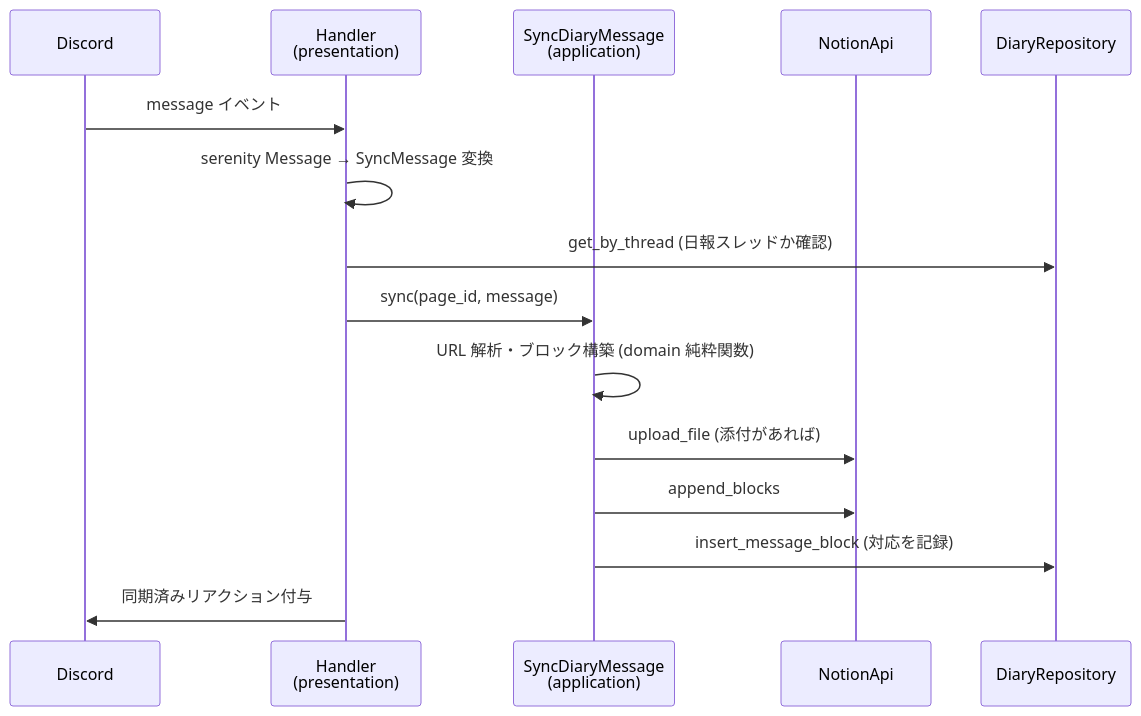
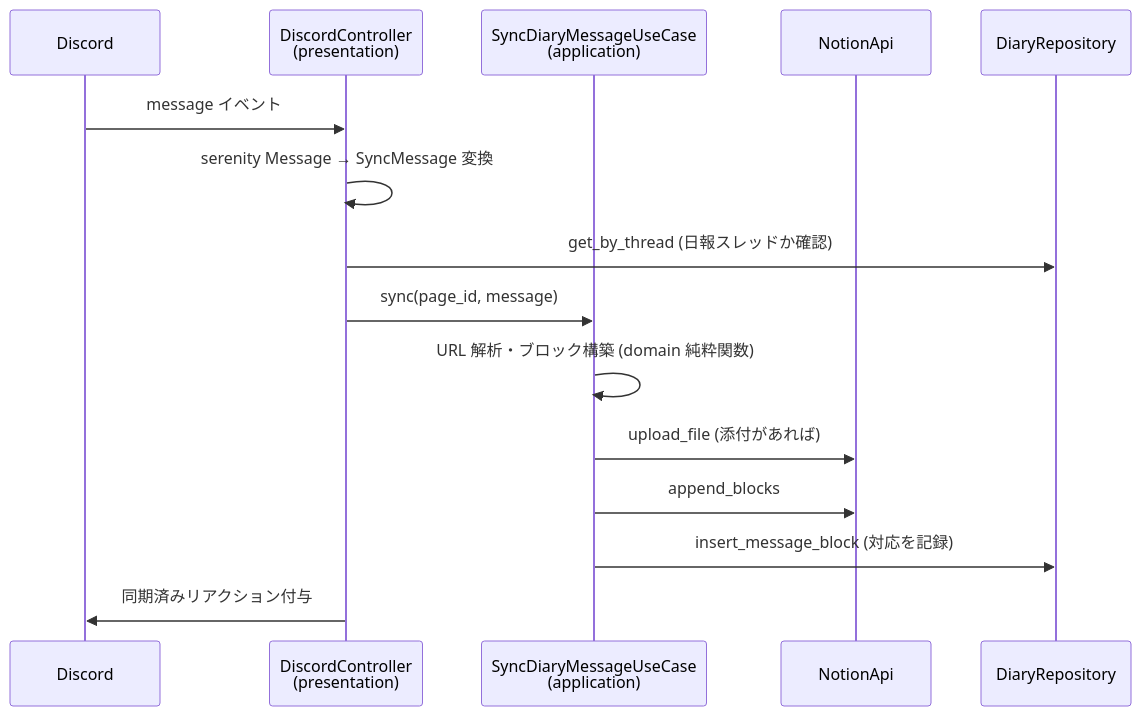
One commit to ekuinox/kgd changed the second of 4 diagrams in docs/architecture.md. Above: the diagram before and after it, drawn with Mermaid. The commit also changed other lines of this file and 31 other files, not shown here.

First line of the commit message:
ユースケース型に UseCase サフィックスを付け Handler を DiscordController にリネーム

````diff
--- a/docs/architecture.md
+++ b/docs/architecture.md
@@ -85,18 +85,18 @@
 ```mermaid
 sequenceDiagram
     participant D as Discord
-    participant H as Handler<br>(presentation)
-    participant S as SyncDiaryMessage<br>(application)
+    participant H as DiscordController<br>(presentation)
+    participant S as SyncDiaryMessageUseCase<br>(application)
     participant N as NotionApi
     participant R as DiaryRepository
 
     D->>H: message イベント
     H->>H: serenity Message → SyncMessage 変換
     H->>R: get_by_thread (日報スレッドか確認)
     H->>S: sync(page_id, message)
     S->>S: URL 解析・ブロック構築 (domain 純粋関数)
     S->>N: upload_file (添付があれば)
     S->>N: append_blocks
     S->>R: insert_message_block (対応を記録)
     H->>D: 同期済みリアクション付与
 ```
````
